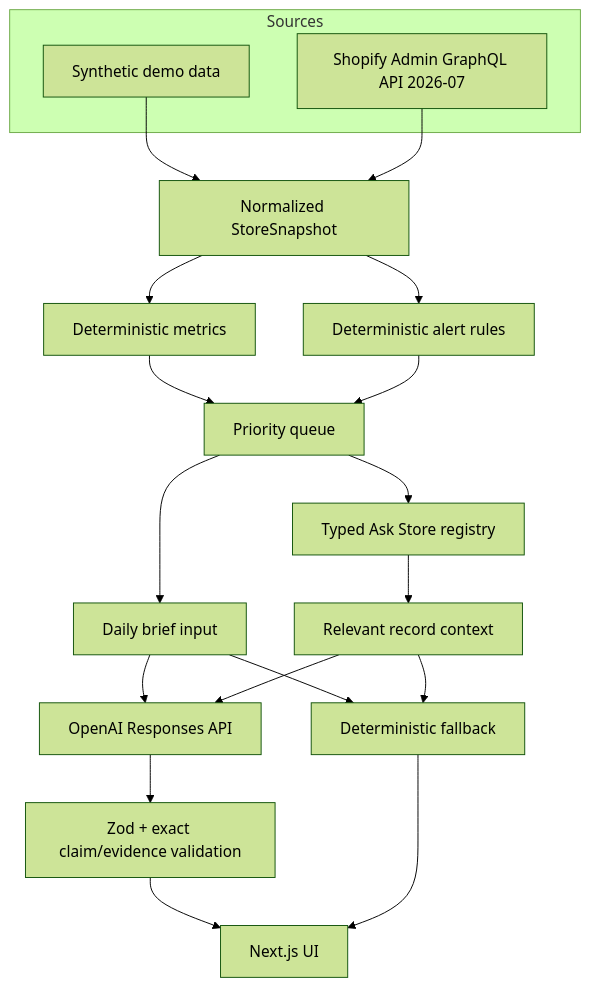
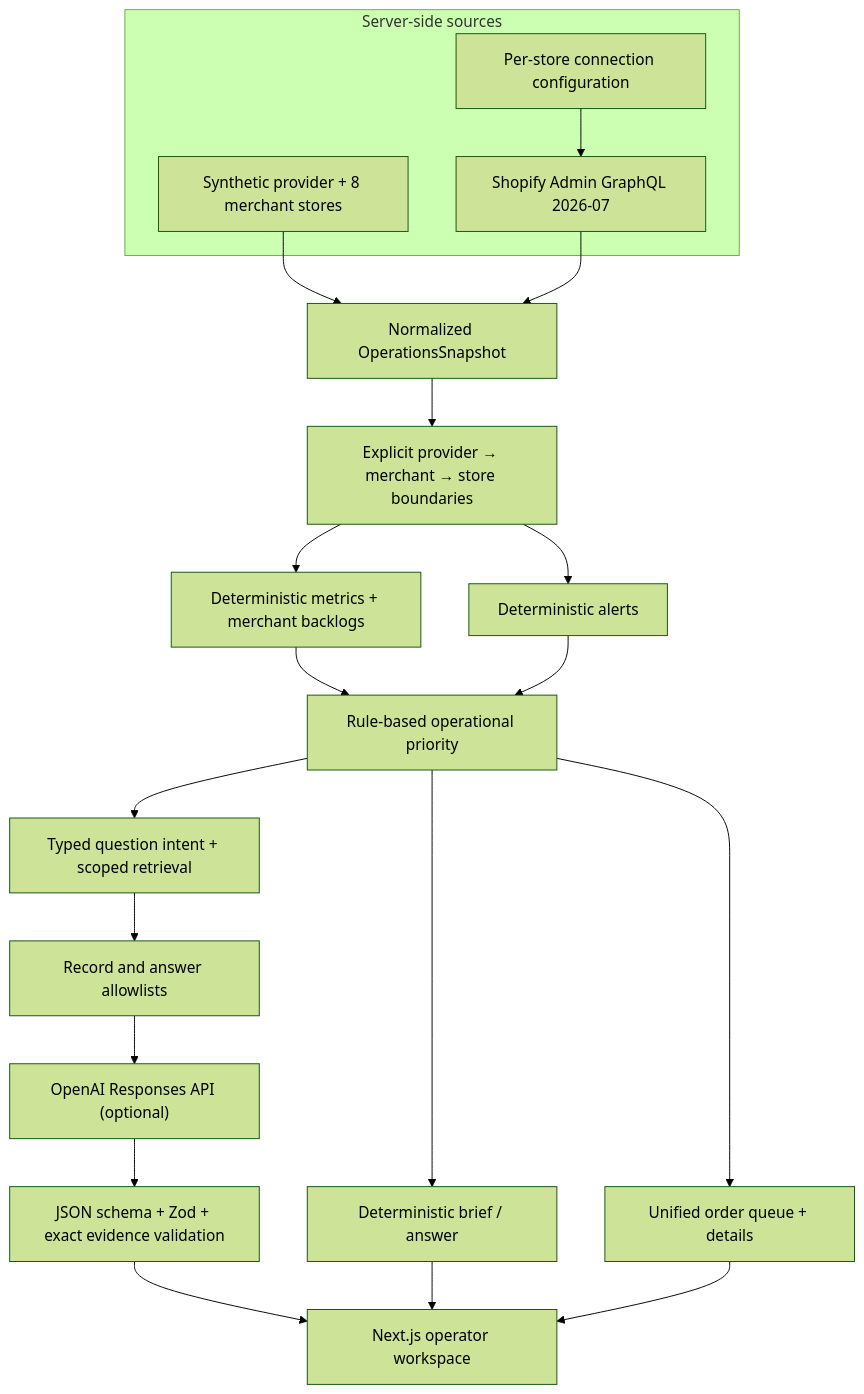
Before and after one commit to umeanougo/storeops-copilot: the first of 2 diagrams in docs/architecture.md, drawn with Mermaid (forest theme). The commit also changed other lines of this file and 45 other files, not shown here.

Commit message:
Reframe StoreOps for multi-merchant fulfilment

````diff
--- a/docs/architecture.md
+++ b/docs/architecture.md
@@ -5,23 +5,24 @@
 ```mermaid
 flowchart TD
-  subgraph Sources
-    D["Synthetic demo data"]
-    S["Shopify Admin GraphQL API 2026-07"]
+  subgraph Sources["Server-side sources"]
+    D["Synthetic provider + 8 merchant stores"]
+    C["Per-store connection configuration"]
+    C --> S["Shopify Admin GraphQL 2026-07"]
   end
-  D --> N["Normalized StoreSnapshot"]
+  D --> N["Normalized OperationsSnapshot"]
   S --> N
-  N --> M["Deterministic metrics"]
-  N --> R["Deterministic alert rules"]
-  M --> P["Priority queue"]
+  N --> B["Explicit provider → merchant → store boundaries"]
+  B --> M["Deterministic metrics + merchant backlogs"]
+  B --> R["Deterministic alerts"]
+  M --> P["Rule-based operational priority"]
   R --> P
-  P --> B["Daily brief input"]
-  P --> Q["Typed Ask Store registry"]
-  Q --> C["Relevant record context"]
-  B --> F["Deterministic fallback"]
-  C --> F
-  B --> O["OpenAI Responses API"]
-  C --> O
-  O --> V["Zod + exact claim/evidence validation"]
-  V --> UI["Next.js UI"]
+  P --> Q["Unified order queue + details"]
+  P --> F["Deterministic brief / answer"]
+  P --> T["Typed question intent + scoped retrieval"]
+  T --> A["Record and answer allowlists"]
+  A --> O["OpenAI Responses API (optional)"]
+  O --> V["JSON schema + Zod + exact evidence validation"]
+  V --> UI["Next.js operator workspace"]
   F --> UI
+  Q --> UI
 ```
````
